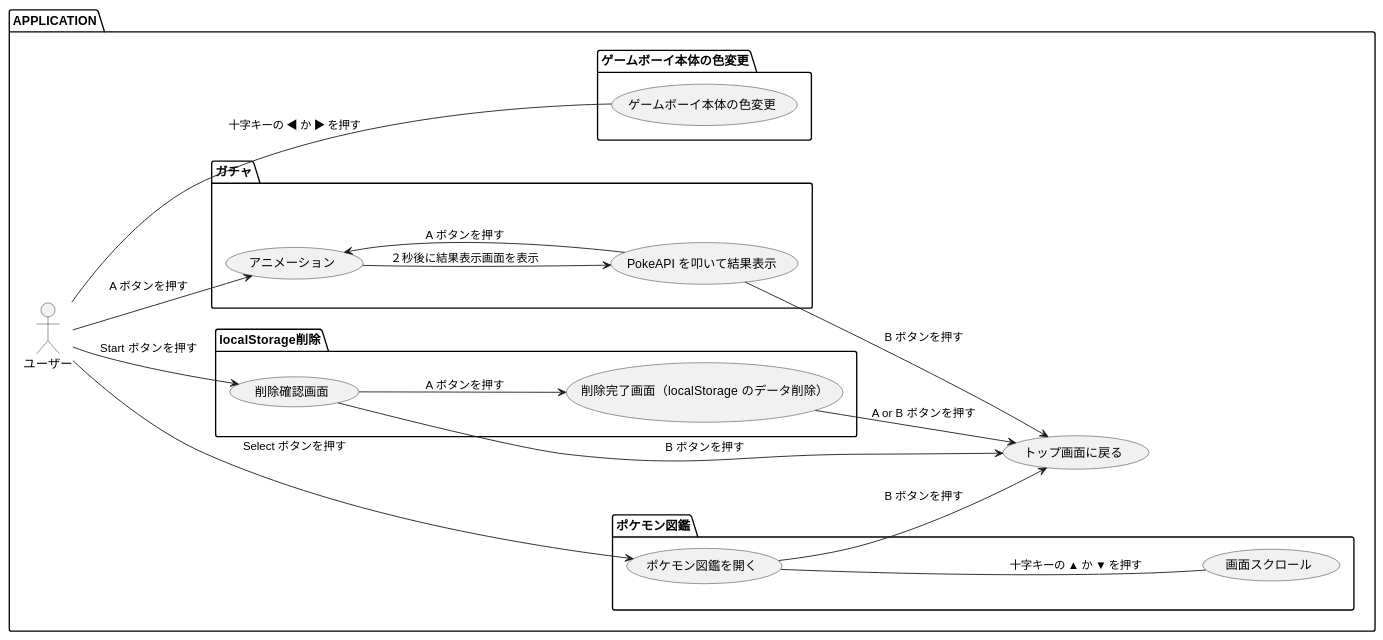
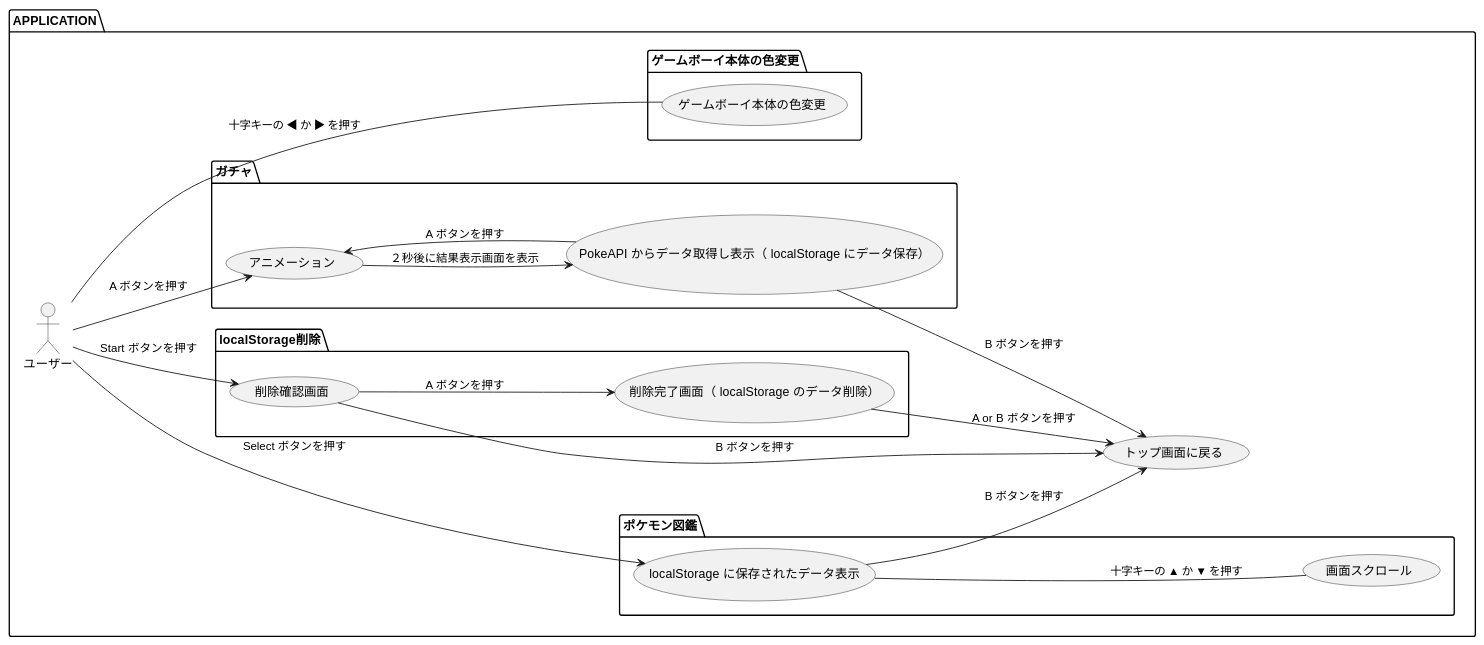
The diagram in README.md (mitochon9/poke-gacha-ver.2.0), drawn with PlantUML before and after one commit.

Commit message:
fix: README 修正

````diff
--- a/README.md
+++ b/README.md
@@ -50,43 +50,43 @@
 ```plantuml
 @startuml useCase
 left to right direction
 
 package APPLICATION {
 actor ユーザー as user
 
   usecase "トップ画面に戻る" as backToTop
 
   package ガチャ {
     usecase "アニメーション" as animation
-    usecase "PokeAPI を叩いて結果表示" as result
+    usecase "PokeAPI からデータ取得し表示（ localStorage にデータ保存）" as result
     user --> animation: A ボタンを押す
     animation --> result: ２秒後に結果表示画面を表示
     result --> animation: A ボタンを押す
     result --> backToTop: B ボタンを押す
   }
 
   package ポケモン図鑑 {
-    usecase "ポケモン図鑑を開く" as pokedex
+    usecase "localStorage に保存されたデータ表示" as pokedex
     usecase "画面スクロール" as scroll
     user --> pokedex: Select ボタンを押す
     pokedex --- scroll : 十字キーの ▲ か ▼ を押す
     pokedex --> backToTop: B ボタンを押す
   }
 
   package localStorage削除 {
     usecase "削除確認画面" as confirm
-    usecase "削除完了画面（localStorage のデータ削除）" as delete
+    usecase "削除完了画面（ localStorage のデータ削除）" as delete
     user --> confirm: Start ボタンを押す
     confirm --> delete: A ボタンを押す
     confirm --> backToTop: B ボタンを押す
     delete --> backToTop: A or B ボタンを押す
   }
 
   package ゲームボーイ本体の色変更 {
     usecase "ゲームボーイ本体の色変更" as changeColor
     user --- changeColor: 十字キーの ◀ か ▶ を押す
   }
 
 }
 @enduml
 ```
````
